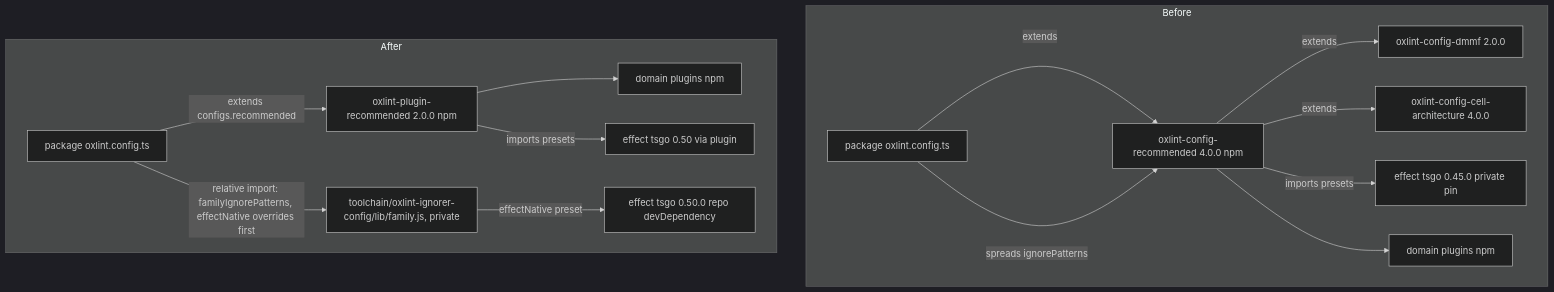
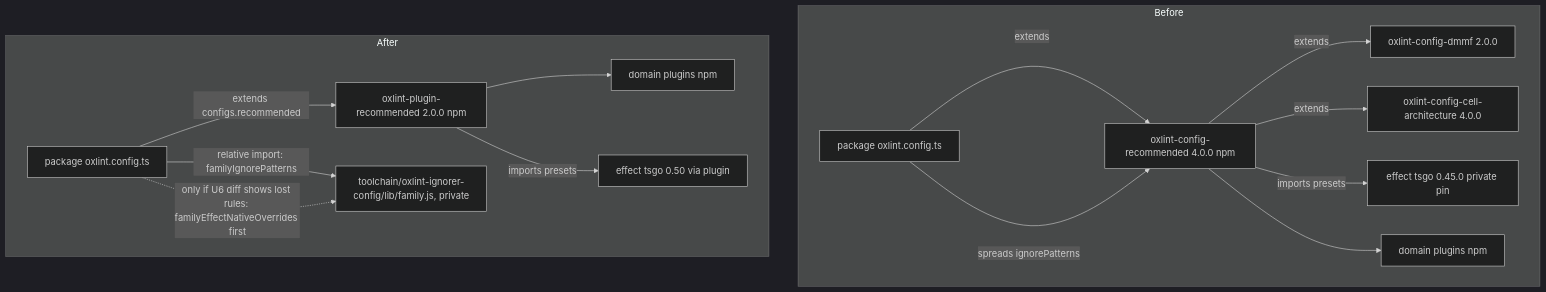
Before and after one commit to systemfsoftware/stryker-js-effect: the diagram in docs/plans/2026-10-09-0334-chore-own-tool-configs-plan.md, drawn with Mermaid (dark theme). The commit also changed other lines of this file, not shown here.

Commit message:
docs(plans): apply document-review corrections to the config ownership plan

````diff
--- a/docs/plans/2026-10-09-0334-chore-own-tool-configs-plan.md
+++ b/docs/plans/2026-10-09-0334-chore-own-tool-configs-plan.md
@@ -126,18 +126,18 @@
 ```mermaid
 flowchart TB
   subgraph before[Before]
     R1b[package oxlint.config.ts] -->|extends| CR[oxlint-config-recommended 4.0.0 npm]
     CR -->|extends| CD[oxlint-config-dmmf 2.0.0]
     CR -->|extends| CC[oxlint-config-cell-architecture 4.0.0]
     CR -->|imports presets| T45[effect tsgo 0.45.0 private pin]
     CR --> P1[domain plugins npm]
     R1b -->|spreads ignorePatterns| CR
   end
   subgraph after[After]
     R1a[package oxlint.config.ts] -->|extends configs.recommended| PR[oxlint-plugin-recommended 2.0.0 npm]
     PR --> P2[domain plugins npm]
     PR -->|imports presets| T50[effect tsgo 0.50 via plugin]
-    R1a -->|relative import: familyIgnorePatterns, effectNative overrides first| FAM[toolchain/oxlint-ignorer-config/lib/family.js, private]
-    FAM -->|effectNative preset| T50r[effect tsgo 0.50.0 repo devDependency]
+    R1a -->|relative import: familyIgnorePatterns| FAM[toolchain/oxlint-ignorer-config/lib/family.js, private]
+    R1a -.->|only if U6 diff shows lost rules: familyEffectNativeOverrides first| FAM
   end
 ```
````
